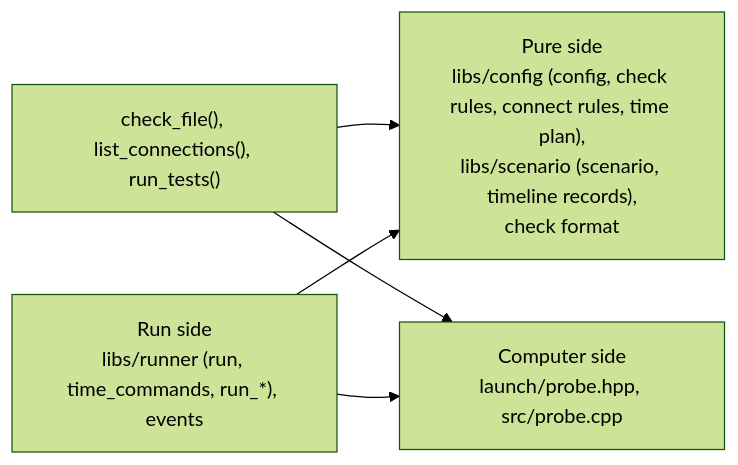
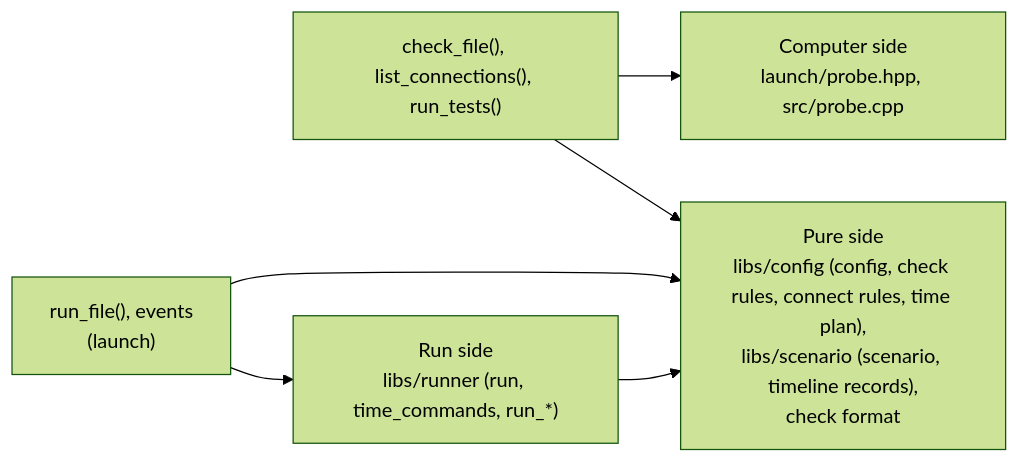
The second of 3 diagrams in docs/architecture.md (rahanahu/vehicle-sil), drawn with Mermaid (forest theme) before and after one commit. The commit also changed other lines of this file and 20 other files, not shown here.

````diff
--- a/docs/architecture.md
+++ b/docs/architecture.md
@@ -222,11 +222,13 @@
 ```mermaid
 flowchart LR
     pure["Pure side<br>libs/config (config, check rules, connect rules, time plan),<br>libs/scenario (scenario, timeline records),<br>check format"]
     assemble["check_file(), list_connections(), run_tests()"]
     probe["Computer side<br>launch/probe.hpp, src/probe.cpp"]
-    run["Run side<br>libs/runner (run, time_commands, run_*), events"]
+    run["Run side<br>libs/runner (run, time_commands, run_*)"]
+    run_file["run_file(), events<br>(launch)"]
     assemble --> pure
     assemble --> probe
     run --> pure
-    run --> probe
+    run_file --> run
+    run_file --> pure
 ```
````
